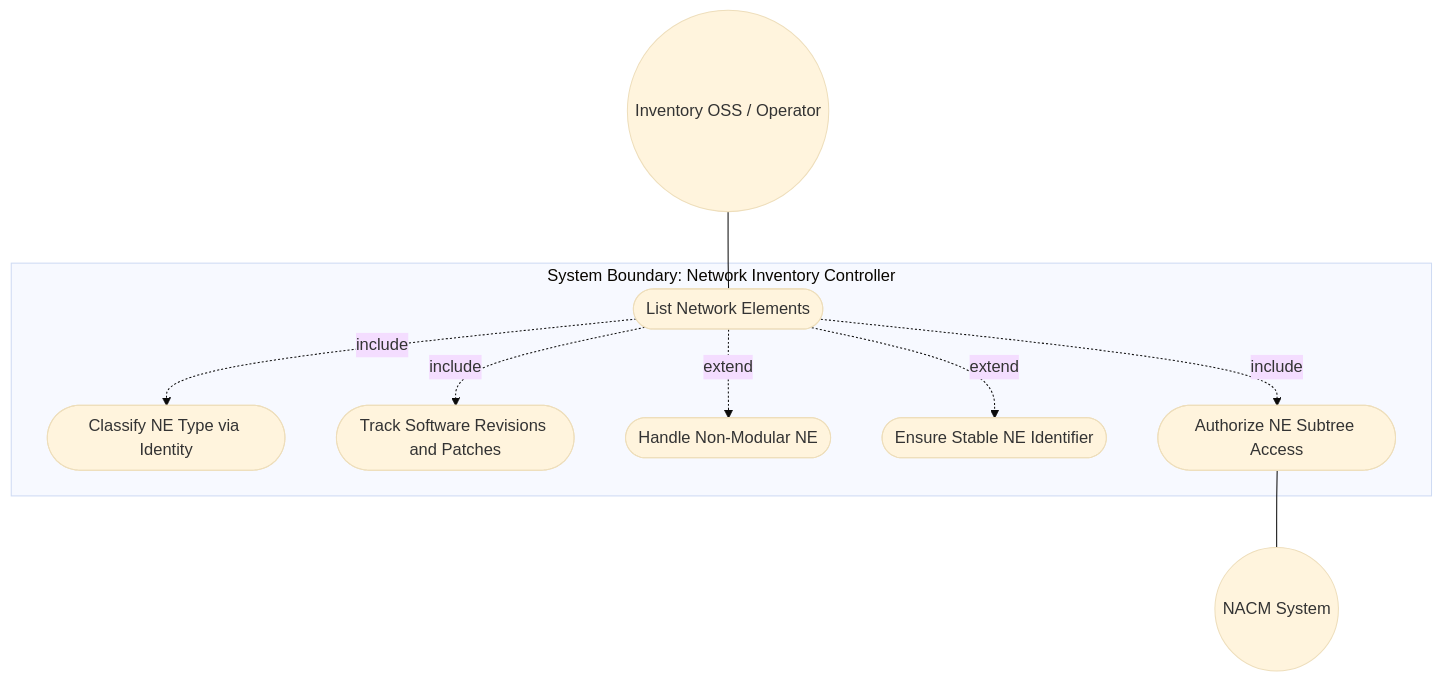
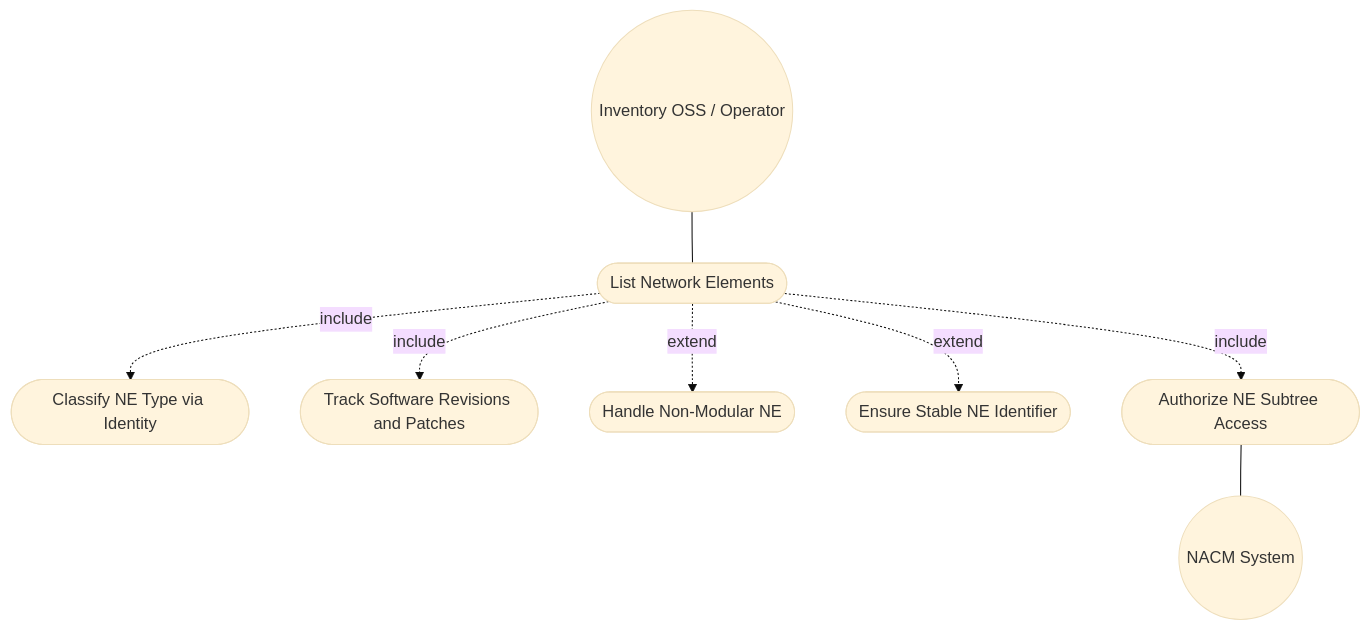
The first of 2 diagrams in docs/use-cases/uc-12-network-elements-management.md (gintatkinson/3dgs-030), drawn with Mermaid (base theme) before and after one commit. The commit also changed 20 other files, not shown here.

First line of the commit message:
fix: repair Mermaid rendering across all 18 use cases and 5 topology features

````diff
--- a/docs/use-cases/uc-12-network-elements-management.md
+++ b/docs/use-cases/uc-12-network-elements-management.md
@@ -119,18 +119,16 @@
 ```mermaid
 graph TD
-    subgraph "System Boundary: Network Inventory Controller"
         UC_ListNE([List Network Elements])
         UC_ClassifyType([Classify NE Type via Identity])
         UC_TrackSW([Track Software Revisions and Patches])
         UC_NonModular([Handle Non-Modular NE])
         UC_StableID([Ensure Stable NE Identifier])
         UC_AuthNE([Authorize NE Subtree Access])
-    end
     OSS_Op((Inventory OSS / Operator)) --- UC_ListNE
     UC_ListNE -. "include" .-> UC_ClassifyType
     UC_ListNE -. "include" .-> UC_TrackSW
     UC_ListNE -. "include" .-> UC_AuthNE
     UC_ListNE -. "extend" .-> UC_NonModular
     UC_ListNE -. "extend" .-> UC_StableID
     UC_AuthNE --- NACM((NACM System))
 ```
````
